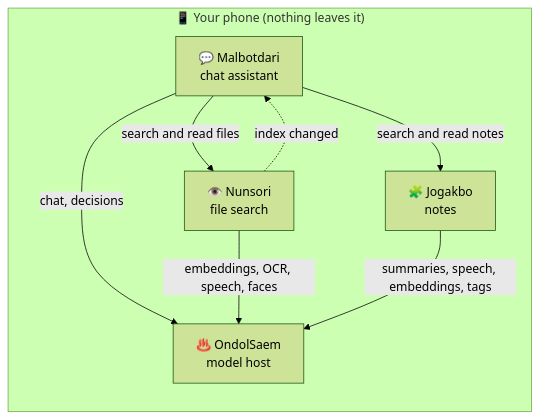
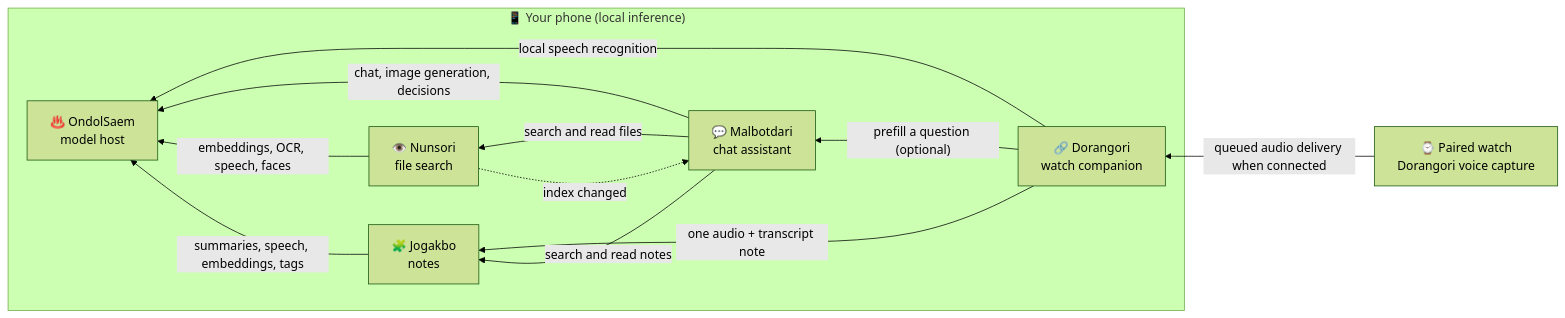
Before and after one commit to sonanjip/.github: the diagram in profile/README.md, drawn with Mermaid (forest theme). The commit also changed other lines of this file and 1 other file, not shown here.

Commit message:
Profile: add Dorangori (phone + Wear OS) with demo GIF, en/ko

````diff
--- a/profile/README.md
+++ b/profile/README.md
@@ -26,15 +33,21 @@
 ```mermaid
 flowchart RL
-    subgraph phone["📱 Your phone (nothing leaves it)"]
+    W["⌚ Paired watch<br/>Dorangori voice capture"]
+    subgraph phone["📱 Your phone (local inference)"]
+        D["🔗 Dorangori<br/>watch companion"]
         M["💬 Malbotdari<br/>chat assistant"]
         N["👁️ Nunsori<br/>file search"]
         J["🧩 Jogakbo<br/>notes"]
         O["♨️ OndolSaem<br/>model host"]
     end
+    W -- "queued audio delivery when connected" --> D
+    D -- "local speech recognition" --> O
+    D -- "prefill a question (optional)" --> M
+    D -- "one audio + transcript note" --> J
     M -- "search and read files" --> N
     M -- "search and read notes" --> J
     N -. "index changed" .-> M
-    M -- "chat, decisions" --> O
+    M -- "chat, image generation, decisions" --> O
     N -- "embeddings, OCR, speech, faces" --> O
     J -- "summaries, speech, embeddings, tags" --> O
 ```
````
